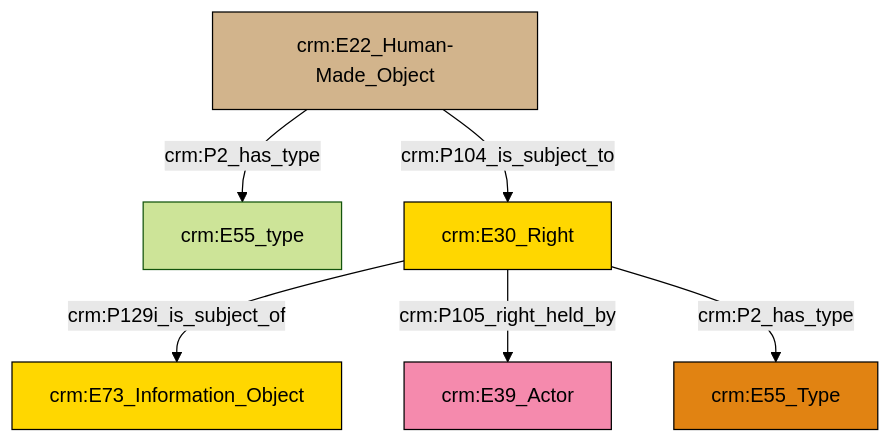
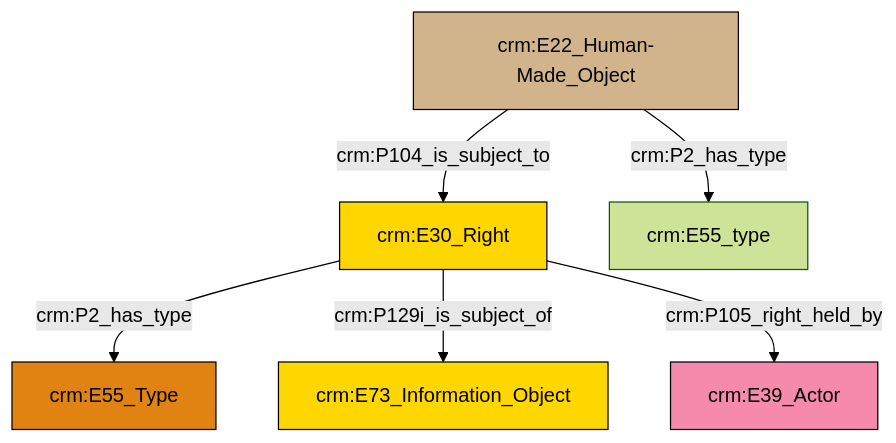
The diagram in et/builtWorkCSV/ttl/mmd/Built_Work_rights.ttl.mmd (swiss-art-research-net/reference-data-models), drawn with Mermaid (forest theme) before and after one commit. The commit also changed 152 other files, not shown here.

```diff
--- a/et/builtWorkCSV/ttl/mmd/Built_Work_rights.ttl.mmd
+++ b/et/builtWorkCSV/ttl/mmd/Built_Work_rights.ttl.mmd
@@ -1,20 +1,20 @@
 graph TD
 classDef Literal fill:#f2f2f2,stroke:#000000;
 classDef CRM_Entity fill:#FFFFFF,stroke:#000000;
 classDef Temporal_Entity fill:#00C9E6, stroke:#000000;
 classDef Type fill:#E18312, stroke:#000000;
 classDef Time-Span fill:#2C9C91, stroke:#000000;
 classDef Appellation fill:#FFEB7F, stroke:#000000;
 classDef Place fill:#008836, stroke:#000000;
 classDef Persistent_Item fill:#B266B2, stroke:#000000;
 classDef Conceptual_Object fill:#FFD700, stroke:#000000;
 classDef Physical_Thing fill:#D2B48C, stroke:#000000;
 classDef Actor fill:#f58aad, stroke:#000000;
 classDef PC_Classes fill:#4ce600, stroke:#000000;
 classDef Multi fill:#cccccc,stroke:#000000;
 
-4["crm:E22_Human-Made_Object"]:::Physical_Thing -->|crm:P2_has_type| 5["crm:E55_type"]:::Default
-7["crm:E30_Right"]:::Conceptual_Object -->|crm:P129i_is_subject_of| 8["crm:E73_Information_Object"]:::Conceptual_Object
-4["crm:E22_Human-Made_Object"]:::Physical_Thing -->|crm:P104_is_subject_to| 7["crm:E30_Right"]:::Conceptual_Object
-7["crm:E30_Right"]:::Conceptual_Object -->|crm:P105_right_held_by| 0["crm:E39_Actor"]:::Actor
-7["crm:E30_Right"]:::Conceptual_Object -->|crm:P2_has_type| 2["crm:E55_Type"]:::Type
+2["crm:E22_Human-Made_Object"]:::Physical_Thing -->|crm:P104_is_subject_to| 3["crm:E30_Right"]:::Conceptual_Object
+3["crm:E30_Right"]:::Conceptual_Object -->|crm:P2_has_type| 7["crm:E55_Type"]:::Type
+2["crm:E22_Human-Made_Object"]:::Physical_Thing -->|crm:P2_has_type| 9["crm:E55_type"]:::Default
+3["crm:E30_Right"]:::Conceptual_Object -->|crm:P129i_is_subject_of| 0["crm:E73_Information_Object"]:::Conceptual_Object
+3["crm:E30_Right"]:::Conceptual_Object -->|crm:P105_right_held_by| 5["crm:E39_Actor"]:::Actor
```
